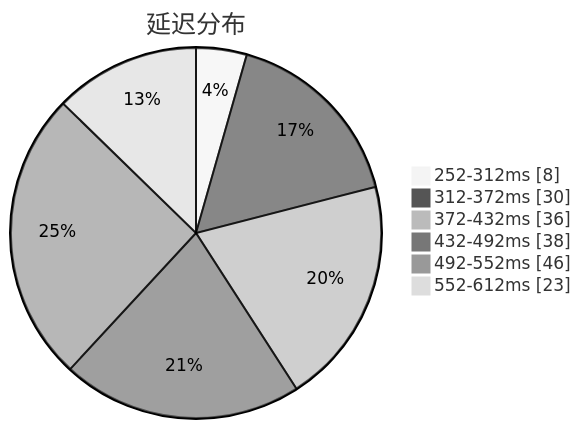
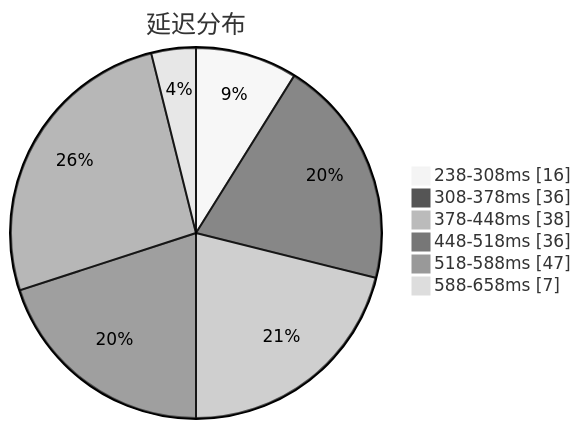
Before and after one commit to qjlxg/airport: the first of 3 diagrams in subs/statistics/tested_within.md, drawn with Mermaid (neutral theme). The commit also changed other lines of this file and 2 other files, not shown here.

````diff
--- a/subs/statistics/tested_within.md
+++ b/subs/statistics/tested_within.md
@@ -2,10 +2,10 @@
 ```mermaid
 pie showData
 title 延迟分布
-"252-312ms" : 8
-"312-372ms" : 30
-"372-432ms" : 36
-"432-492ms" : 38
-"492-552ms" : 46
-"552-612ms" : 23
+"238-308ms" : 16
+"308-378ms" : 36
+"378-448ms" : 38
+"448-518ms" : 36
+"518-588ms" : 47
+"588-658ms" : 7
 ```
````
